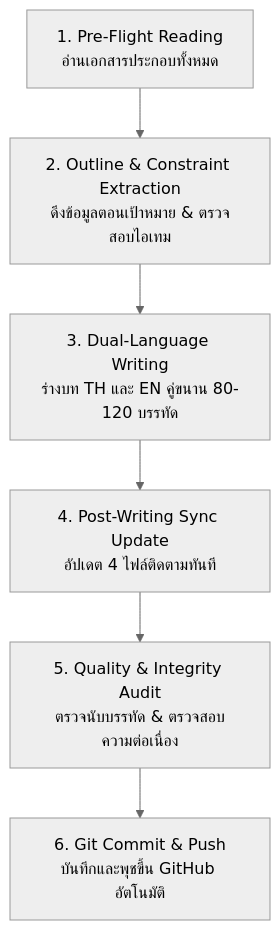
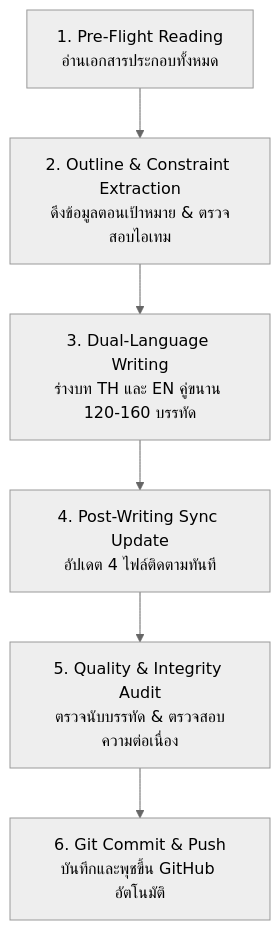
One commit to thaidelphi/1000-BC-ebooks changed the diagram in README.md. Above: the diagram before and after it, drawn with Mermaid (neutral theme). The commit also changed other lines of this file and 6 other files, not shown here.

````diff
--- a/README.md
+++ b/README.md
@@ -401,8 +401,8 @@
 ```mermaid
 flowchart TD
     A[1. Pre-Flight Reading<br>อ่านเอกสารประกอบทั้งหมด] --> B[2. Outline & Constraint Extraction<br>ดึงข้อมูลตอนเป้าหมาย & ตรวจสอบไอเทม]
-    B --> C[3. Dual-Language Writing<br>ร่างบท TH และ EN คู่ขนาน 80-120 บรรทัด]
+    B --> C[3. Dual-Language Writing<br>ร่างบท TH และ EN คู่ขนาน 120-160 บรรทัด]
     C --> D[4. Post-Writing Sync Update<br>อัปเดต 4 ไฟล์ติดตามทันที]
     D --> E[5. Quality & Integrity Audit<br>ตรวจนับบรรทัด & ตรวจสอบความต่อเนื่อง]
     E --> F[6. Git Commit & Push<br>บันทึกและพุชขึ้น GitHub อัตโนมัติ]
 ```
````
